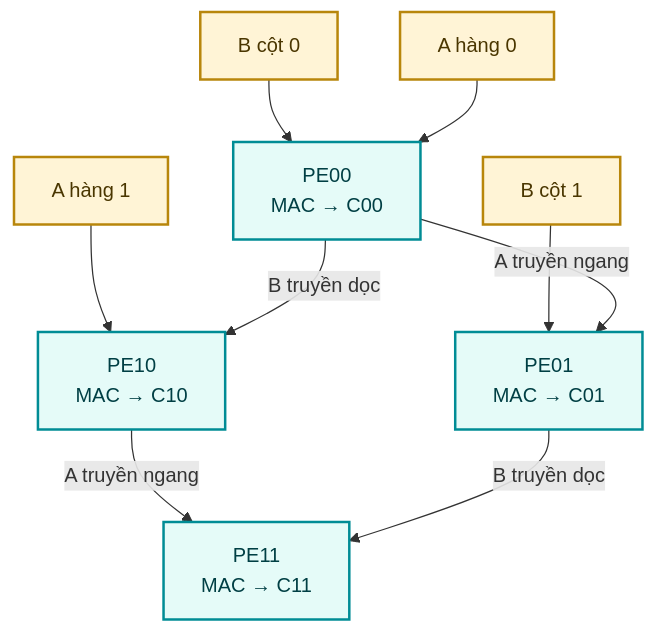
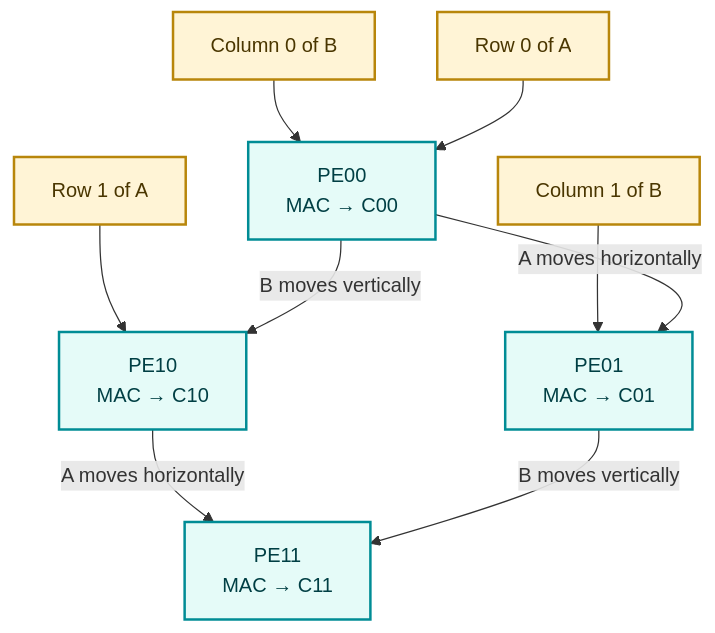
One commit to minhloc203/matrix_mutiplier_2x2 changed the fourth of 6 diagrams in README.md. Above: the diagram before and after it, drawn with Mermaid. The commit also changed other lines of this file, not shown here.

````diff
--- a/README.md
+++ b/README.md
@@ -232,19 +274,19 @@
 ```mermaid
 flowchart TB
-    B0["B cột 0"] --> PE00
-    B1["B cột 1"] --> PE01
+    B0["Column 0 of B"] --> PE00
+    B1["Column 1 of B"] --> PE01
 
-    A0["A hàng 0"] --> PE00["PE00<br/>MAC → C00"]
-    PE00 -->|A truyền ngang| PE01["PE01<br/>MAC → C01"]
+    A0["Row 0 of A"] --> PE00["PE00<br/>MAC → C00"]
+    PE00 -->|A moves horizontally| PE01["PE01<br/>MAC → C01"]
 
-    A1["A hàng 1"] --> PE10["PE10<br/>MAC → C10"]
-    PE10 -->|A truyền ngang| PE11["PE11<br/>MAC → C11"]
+    A1["Row 1 of A"] --> PE10["PE10<br/>MAC → C10"]
+    PE10 -->|A moves horizontally| PE11["PE11<br/>MAC → C11"]
 
-    PE00 -->|B truyền dọc| PE10
-    PE01 -->|B truyền dọc| PE11
+    PE00 -->|B moves vertically| PE10
+    PE01 -->|B moves vertically| PE11
 
     classDef input fill:#FFF4D6,stroke:#B8860B,stroke-width:2px,color:#4A3600;
     classDef pe fill:#E5FBF8,stroke:#008C95,stroke-width:2px,color:#003F44;
     class A0,A1,B0,B1 input;
     class PE00,PE01,PE10,PE11 pe;
 ```
````
